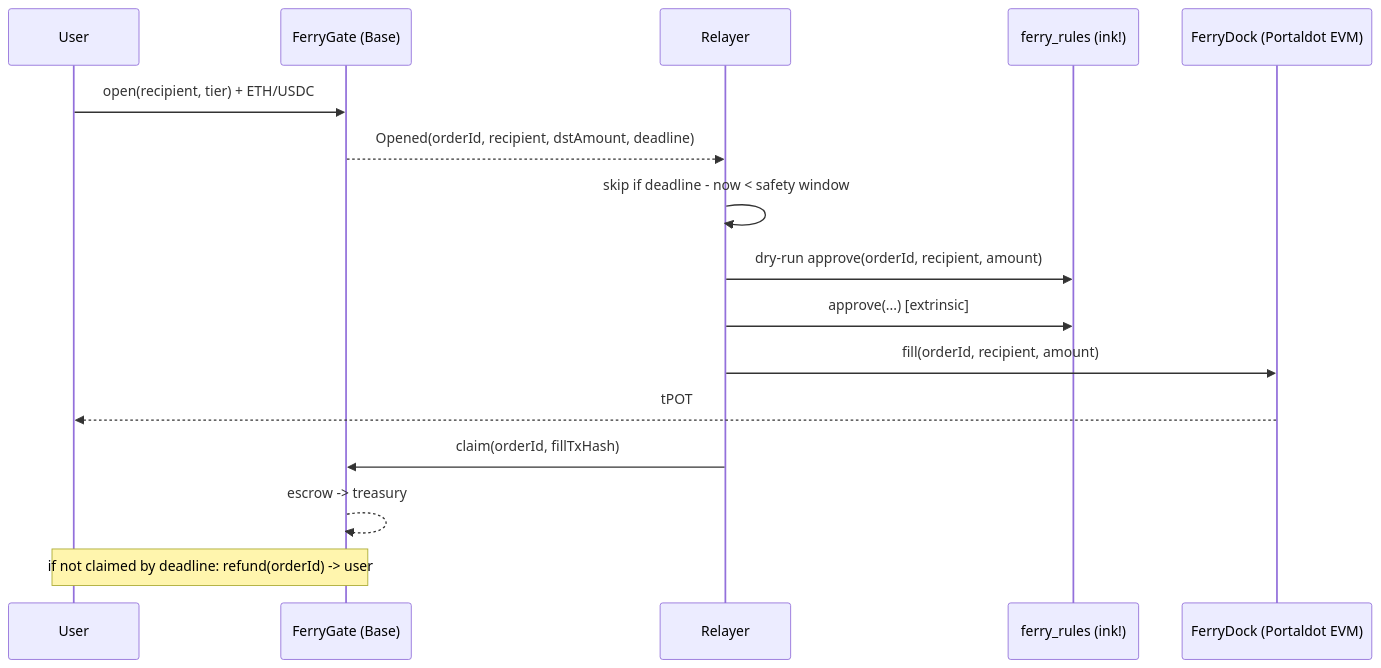
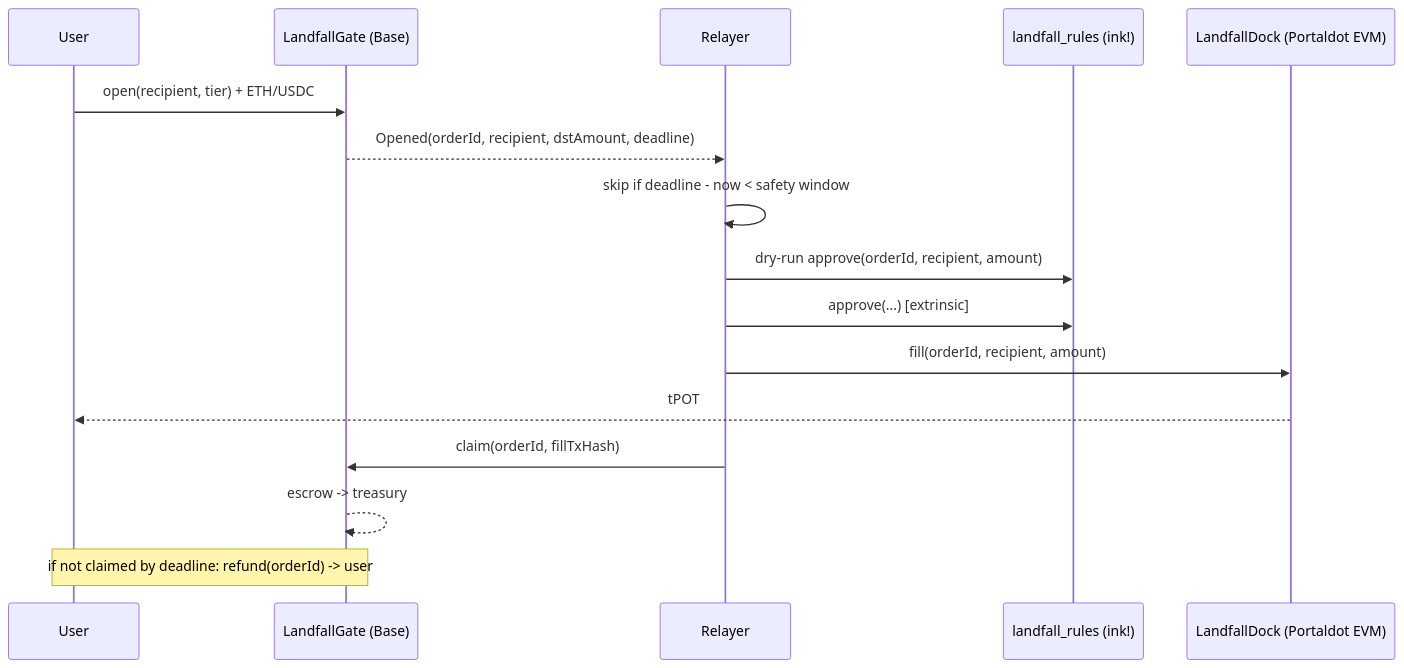
One commit to itsolaph/dotgas changed the second of 2 diagrams in README.md. Above: the diagram before and after it, drawn with Mermaid. The commit also changed other lines of this file and 37 other files, not shown here.

````diff
--- a/README.md
+++ b/README.md
@@ -50,18 +50,18 @@
 ```mermaid
 sequenceDiagram
   participant U as User
-  participant G as FerryGate (Base)
+  participant G as LandfallGate (Base)
   participant RL as Relayer
-  participant R as ferry_rules (ink!)
-  participant D as FerryDock (Portaldot EVM)
+  participant R as landfall_rules (ink!)
+  participant D as LandfallDock (Portaldot EVM)
   U->>G: open(recipient, tier) + ETH/USDC
   G-->>RL: Opened(orderId, recipient, dstAmount, deadline)
   RL->>RL: skip if deadline - now < safety window
   RL->>R: dry-run approve(orderId, recipient, amount)
   RL->>R: approve(...) [extrinsic]
   RL->>D: fill(orderId, recipient, amount)
   D-->>U: tPOT
   RL->>G: claim(orderId, fillTxHash)
   G-->>G: escrow -> treasury
   Note over U,G: if not claimed by deadline: refund(orderId) -> user
 ```
````
